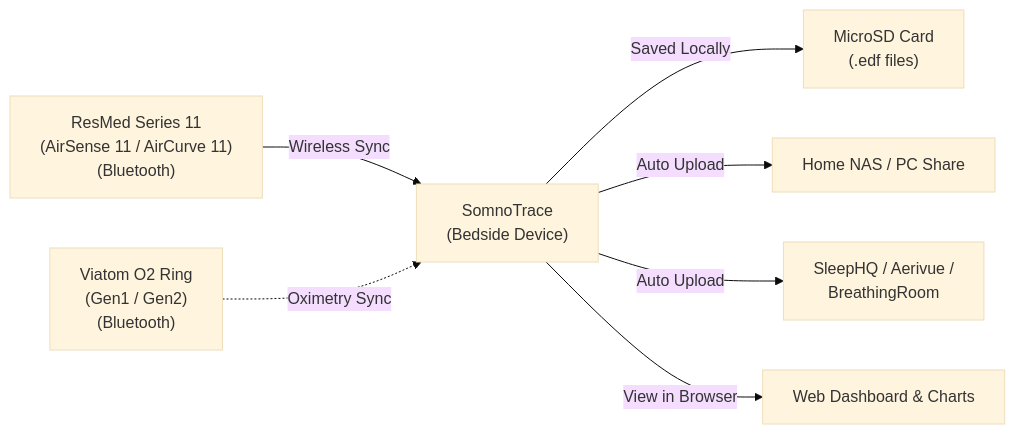
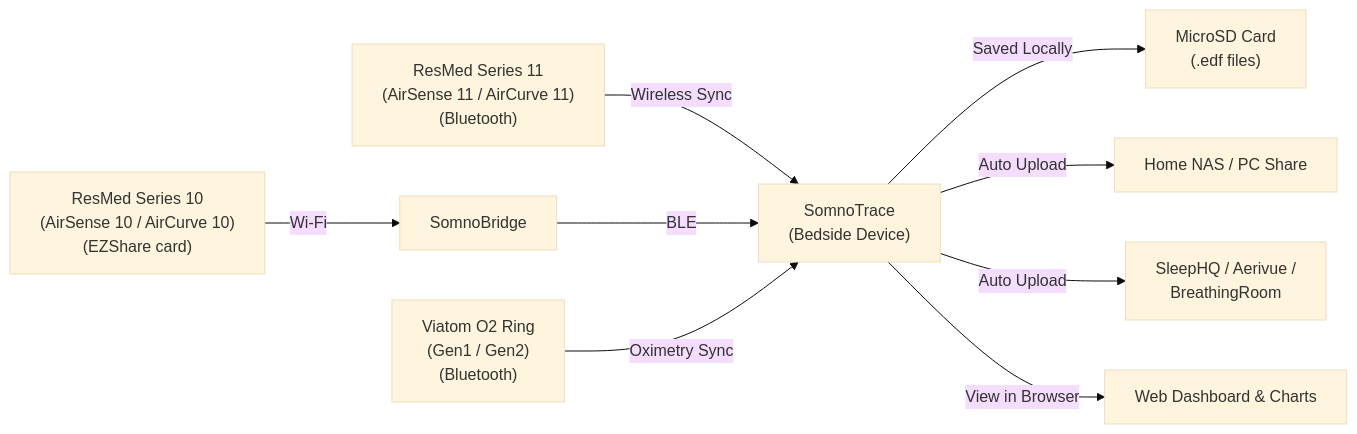
Before and after one commit to ilyakruchinin/SomnoTrace: the diagram in README.md, drawn with Mermaid (base theme). The commit also changed other lines of this file, not shown here.

First line of the commit message:
docs(readme): expand feature overview and document Series 10 support

````diff
--- a/README.md
+++ b/README.md
@@ -115,9 +140,11 @@
 ```mermaid
 flowchart LR
     AS11["ResMed Series 11\n(AirSense 11 / AirCurve 11)\n(Bluetooth)"] -->|Wireless Sync| ESP["SomnoTrace\n(Bedside Device)"]
-    O2["Viatom O2 Ring\n(Gen1 / Gen2)\n(Bluetooth)"] -.->|Oximetry Sync| ESP
+    AS10["ResMed Series 10\n(AirSense 10 / AirCurve 10)\n(EZShare card)"] -->|Wi-Fi| SB["SomnoBridge"]
+    SB -->|BLE| ESP
+    O2["Viatom O2 Ring\n(Gen1 / Gen2)\n(Bluetooth)"] -->|Oximetry Sync| ESP
     ESP -->|Saved Locally| SD["MicroSD Card\n(.edf files)"]
     ESP -->|Auto Upload| SMB["Home NAS / PC Share"]
     ESP -->|Auto Upload| CLOUD["SleepHQ / Aerivue /\nBreathingRoom"]
     ESP -->|View in Browser| WEB["Web Dashboard & Charts"]
 ```
````
